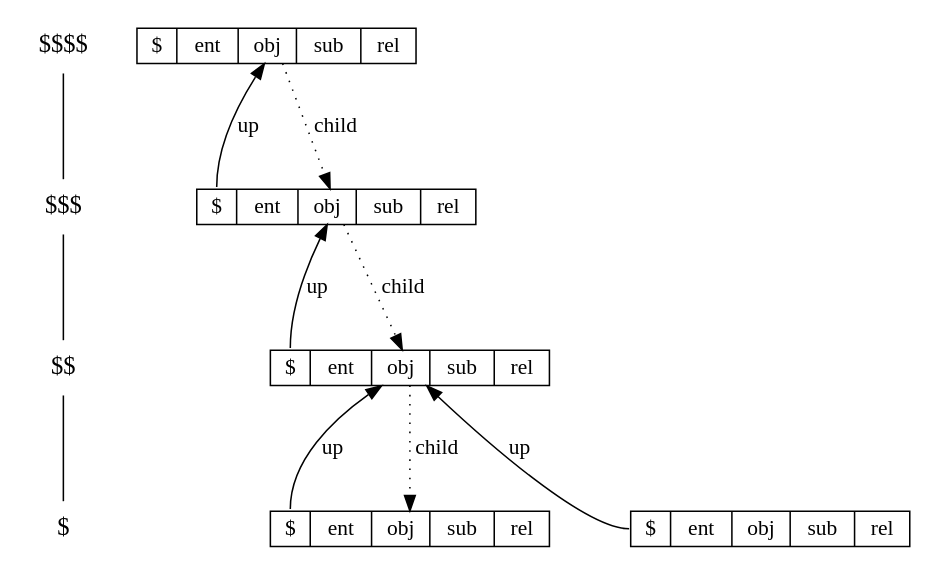
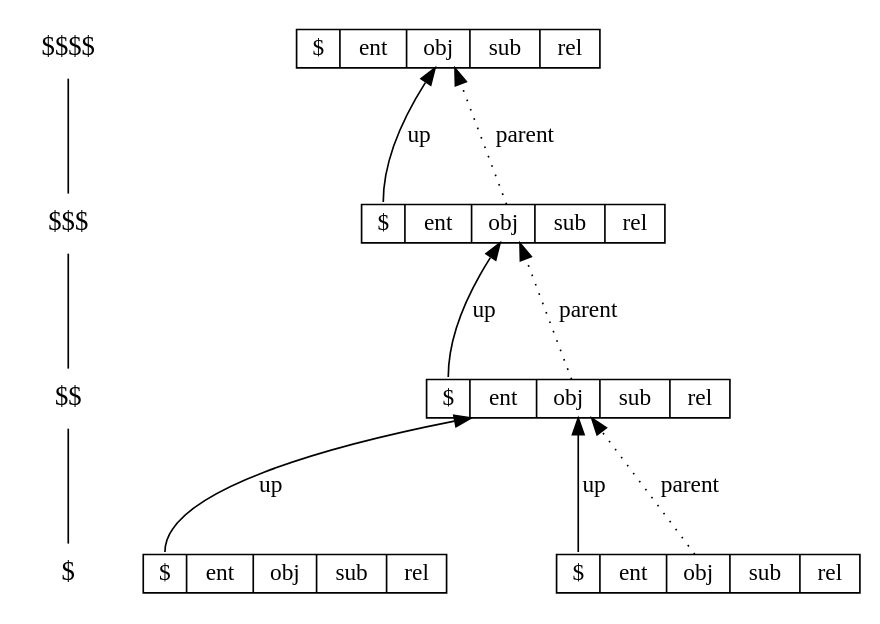
One commit to netkeep80/jsonRVM changed the diagram in doc/tree_stack_of_contexts.dot. Above: the diagram before and after it, drawn with Graphviz. The commit also changed 12 other files, not shown here.

```diff
--- a/doc/tree_stack_of_contexts.dot
+++ b/doc/tree_stack_of_contexts.dot
@@ -1,34 +1,34 @@
 digraph {
   #layout=neato
   #splines=curved
   concentrate=true
   compound=true;
 
   ranksep=.75; size = "7.5,7.5";
   {
     node [shape=plaintext, fontsize=16];
     /* the time-line graph */
     "$$$$" -> "$$$" -> "$$" -> "$" [dir=none];
   }
 
   node [shape = record,height=.1]
   { rank = same; "$$$$"; node0[label = "<$> $|<ent> ent|<obj> obj|<sub> sub|<rel> rel"]; }
   { rank = same; "$$$"; node1[label = "<$> $|<ent> ent|<obj> obj|<sub> sub|<rel> rel"]; }
   { rank = same; "$$"; node2[label = "<$> $|<ent> ent|<obj> obj|<sub> sub|<rel> rel"]; }
   {
     rank = same; "$";
     node3[label = "<$> $|<ent> ent|<obj> obj|<sub> sub|<rel> rel"];
     node4[label = "<$> $|<ent> ent|<obj> obj|<sub> sub|<rel> rel"];
   }
 
   "node1":"$" -> "node0" [label="up"]
   "node2":"$" -> "node1" [label="up"]
   "node3":"$" -> "node2" [label="up"]
   "node4":"$" -> "node2" [label="up"]
 
 
-  "node0" -> "node1" [label="child", style=dotted]
-  "node1" -> "node2" [label="child", style=dotted]
-  "node2" -> "node3" [label="child", style=dotted]
-  "node3" -> "node4" [label="child", style=dotted]
+  "node1" -> "node0" [label="parent", style=dotted]
+  "node2" -> "node1" [label="parent", style=dotted]
+  "node3" -> "node2" [label="parent", style=dotted]
+  "node4" -> "node3" [label="parent", style=dotted]
  }
```
